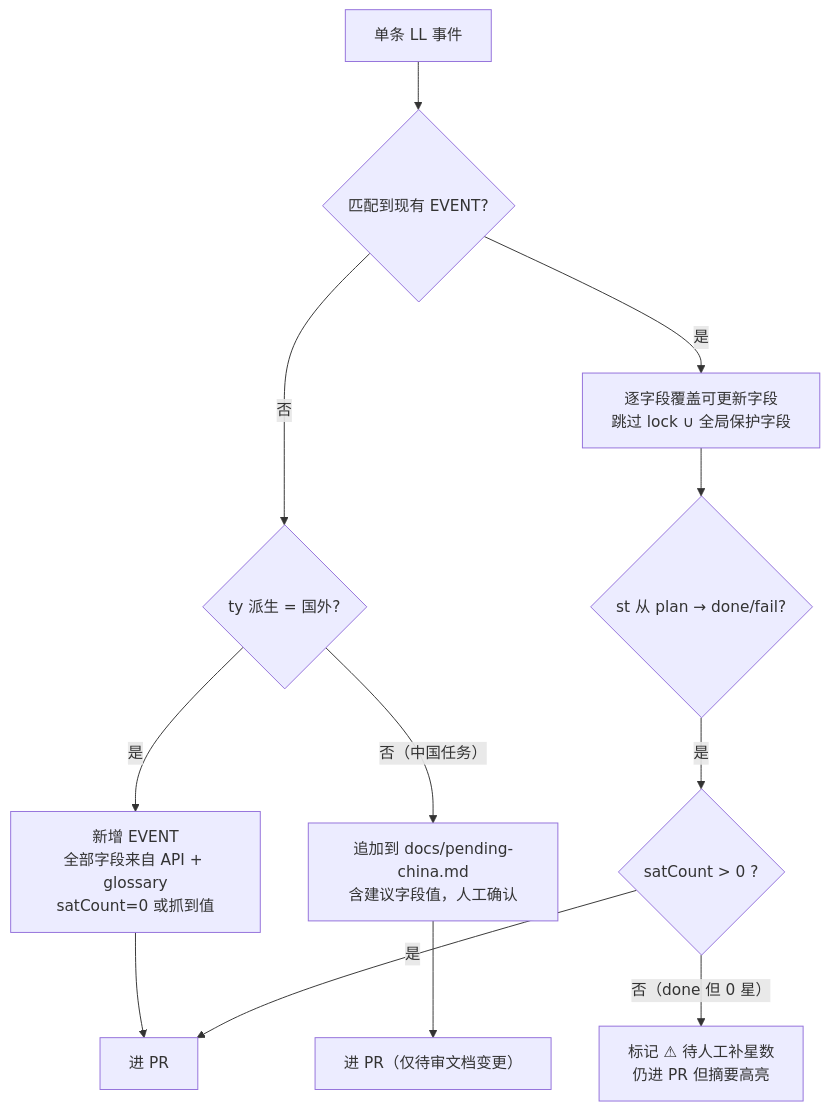
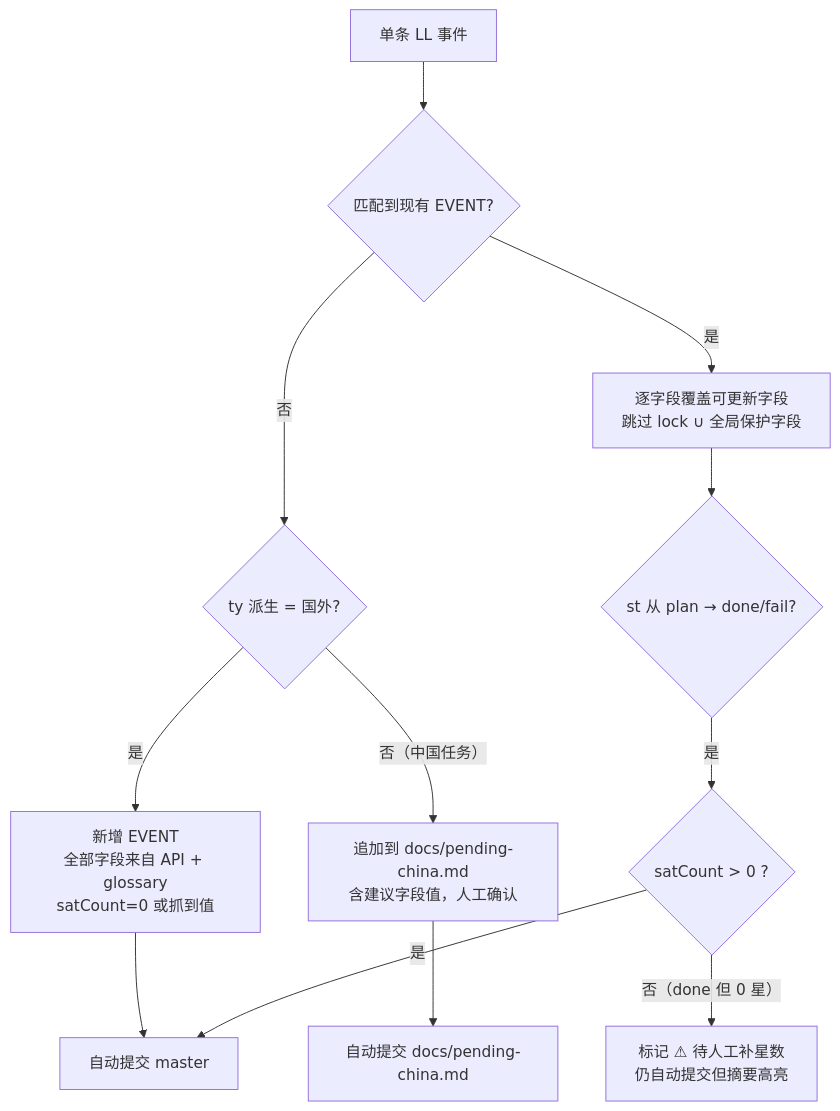
Before and after one commit to LYON-LYON-LYON/launch-2026: the second of 3 diagrams in 设计方案-v8数据更新与公网部署.md, drawn with Mermaid. The commit also changed other lines of this file and 4 other files, not shown here.

````diff
--- a/设计方案-v8数据更新与公网部署.md
+++ b/设计方案-v8数据更新与公网部署.md
@@ -153,14 +157,14 @@
 ```mermaid
 flowchart TD
     A[单条 LL 事件] --> B{匹配到现有 EVENT?}
     B -- 否 --> C{ty 派生 = 国外?}
     B -- 是 --> D[逐字段覆盖可更新字段<br/>跳过 lock ∪ 全局保护字段]
     C -- 是 --> E[新增 EVENT<br/>全部字段来自 API + glossary<br/>satCount=0 或抓到值]
     C -- 否（中国任务） --> F[追加到 docs/pending-china.md<br/>含建议字段值，人工确认]
     D --> G{st 从 plan → done/fail?}
-    E --> H[进 PR]
-    F --> I[进 PR（仅待审文档变更）]
+    E --> H[自动提交 master]
+    F --> I[自动提交 docs/pending-china.md]
     G -- 是 --> J{satCount > 0 ?}
     J -- 是 --> H
-    J -- 否（done 但 0 星） --> K[标记 ⚠ 待人工补星数<br/>仍进 PR 但摘要高亮]
+    J -- 否（done 但 0 星） --> K[标记 ⚠ 待人工补星数<br/>仍自动提交但摘要高亮]
 ```
````
